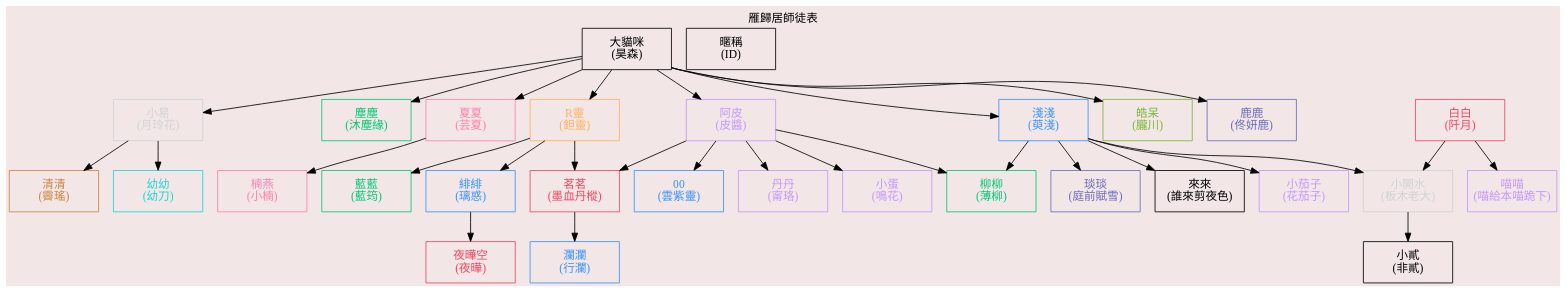
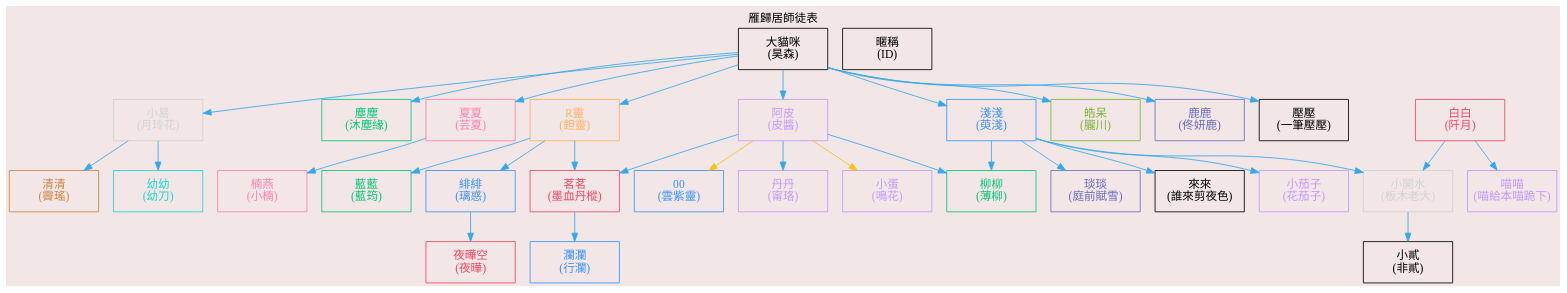
Before and after one commit to necro-wbj/-: the first of 4 diagrams in README.md, drawn with Graphviz. The commit also changed other lines of this file and 1 other file, not shown here.

Commit message:
紀念曉百來幫會線改顏色，修復線沒有顏色，加畫壓壓

````diff
--- a/README.md
+++ b/README.md
@@ -1,60 +1,63 @@
 ```dot
 digraph {
     bgcolor="#F2E6E6";
     label="雁歸居師徒表";
     labelloc="t";
     labeldistance=10;
+    edge[color="#34a8eb"];
     node[fontname="微軟正黑體",shape=box,fixedsize=true,height=0.7,width=1.5];
     //"帥氣的小姐姐"[label="帥氣的小姐姐\n(葬雪調)",color="#FF81B0",fontcolor="#FF81B0"]
     "大貓咪"[label="大貓咪\n(昊森)",color="black",fontcolor="black"]
     "藍藍"[label="藍藍\n(藍筠)",color="#02C874",fontcolor="#02C874"]
     "小易"[label="小易\n(月玲花)",color="lightgray",fontcolor="lightgray"]
     "清清"[label="清清\n(霽瑤)",color="#CD853F",fontcolor="#CD853F"]
     "幼幼"[label="幼幼\n(幼刀)",color="#16D8D8",fontcolor="#16D8D8"]
     "塵塵"[label="塵塵\n(沐塵緣)",color="#02C874",fontcolor="#02C874"]
     //"羊肉爐"[label="羊肉爐\n(墨曲紫濤)",color="#16D8D8",fontcolor="#16D8D8"]
     "柳柳"[label="柳柳\n(薄柳)",color="#02C874",fontcolor="#02C874"]
     //"小九"[label="小九\n(柳朔方)",color="#6A6CBD",fontcolor="#6A6CBD"]
     "夏夏"[label="夏夏\n(芸夏)",color="#FF81B0",fontcolor="#FF81B0"]
     "R靈"[label="R靈\n(鉭靈)",color="#FFB25F",fontcolor="#FFB25F"]
     "白白"[label="白白\n(阡月)",color="#F04660",fontcolor="#F04660"]
     //"R涼"[label="R涼\n(涼宸)",color="#16D8D8",fontcolor="#16D8D8"]
     "阿皮"[label="阿皮\n(皮醬)",color="#C498FF",fontcolor="#C498FF"]
     "00"[label="00\n(雲紫靈)",color="#3793FF",fontcolor="#3793FF"]
     //"小天"[label="小天\n(傲凌雲濤)",color="black",fontcolor="black"]
     "淺淺"[label="淺淺\n(萸淺)",color="#3793FF",fontcolor="#3793FF"]
     //"小貓貓"[label="小貓貓\n(貓尾蝶)",color="lightgray",fontcolor="lightgray"]
     "緋緋"[label="緋緋\n(璃惑)",color="#3793FF",fontcolor="#3793FF"]
     "皓呆"[label="皓呆\n(朧川)",color="#79B736",fontcolor="#79B736"]
     "瀾瀾"[label="瀾瀾\n(行瀾)",color="#3793FF",fontcolor="#3793FF"]
     //"阿夜"[label="阿夜\n(長孫雪夜)",color="#B43C00",fontcolor="#B43C00"]
     //"梨子"[label="梨子\n(蘇沐)",color="#FF81B0",fontcolor="#FF81B0"]
     "小開水"[label="小開水\n(板木老大)",color="lightgray",fontcolor="lightgray"]
     "茗茗"[label="茗茗\n(墨血丹樅)",color="#F04660",fontcolor="#F04660"]
     "丹丹"[label="丹丹\n(甯珞)",color="#C498FF",fontcolor="#C498FF"]
     "楠燕"[label="楠燕\n(小楠)",color="#FF81B0",fontcolor="#FF81B0"]
     "琰琰"[label="琰琰\n(庭前賦雪)",color="#6A6CBD",fontcolor="#6A6CBD"]
     //"仟仟"[label="仟仟\n(上雨知弦)",color="black",fontcolor="black"]
     "小貳"[label="小貳\n(非貳)",color="black",fontcolor="black"]
     //"73"[label="73\n(青衫不改去年)",color="black",fontcolor="black"]
     "夜曄空"[label="夜曄空\n(夜曄)",color="#F04660",fontcolor="#F04660"]
     "鹿鹿"[label="鹿鹿\n(佟妍鹿)",color="#6A6CBD",fontcolor="#6A6CBD"]
     "來來"[label="來來\n(誰來剪夜色)",color="black",fontcolor="black"]
     "小茄子"[label="小茄子\n(花茄子)",color="#C498FF",fontcolor="#C498FF"]
     "小蛋"[label="小蛋\n(鳴花)",color="#C498FF",fontcolor="#C498FF"]
     "喵喵"[label="喵喵\n(喵給本喵跪下)",color="#C498FF",fontcolor="#C498FF"]
+    "壓壓"[label="壓壓\n(一筆壓壓)",color="black",fontcolor="black"]
 
     {rank = same;大貓咪 "暱稱\n(ID)"}
-    大貓咪->{R靈 阿皮 小易 夏夏 塵塵 淺淺 皓呆 鹿鹿}
+    大貓咪->{R靈 阿皮 小易 夏夏 塵塵 淺淺 皓呆 鹿鹿 壓壓}
     淺淺->{琰琰 柳柳 來來 小茄子}
     {白白 淺淺}->小開水
     白白->{喵喵}
     小易->{清清 幼幼}
-    阿皮->{00 柳柳 茗茗 丹丹 小蛋}
+    阿皮->{柳柳 茗茗 丹丹}
+    阿皮->{00 小蛋} [color = "#f1c40f"]
     R靈->{藍藍 緋緋 茗茗}
     茗茗->{瀾瀾}
     緋緋->{夜曄空}
     夏夏->{楠燕}
     小開水->{小貳}
 }
 ```
````
